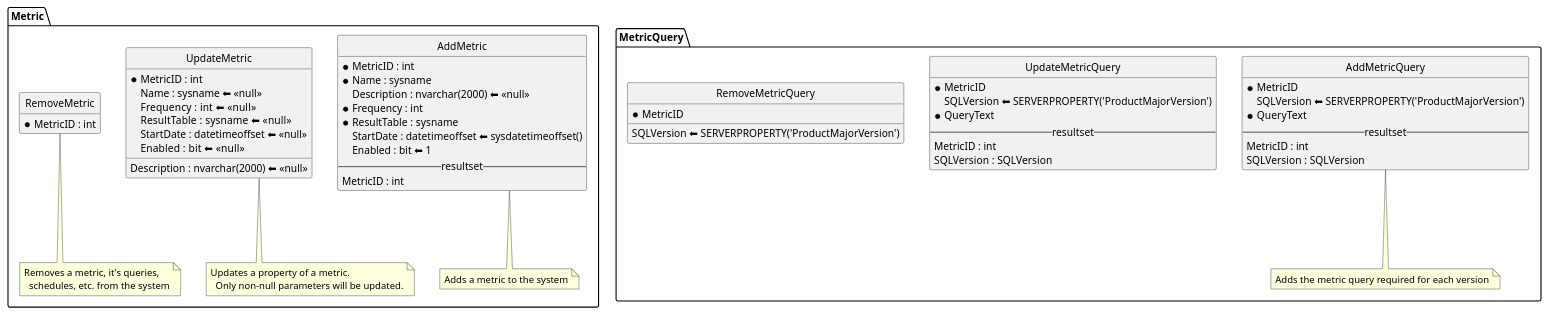
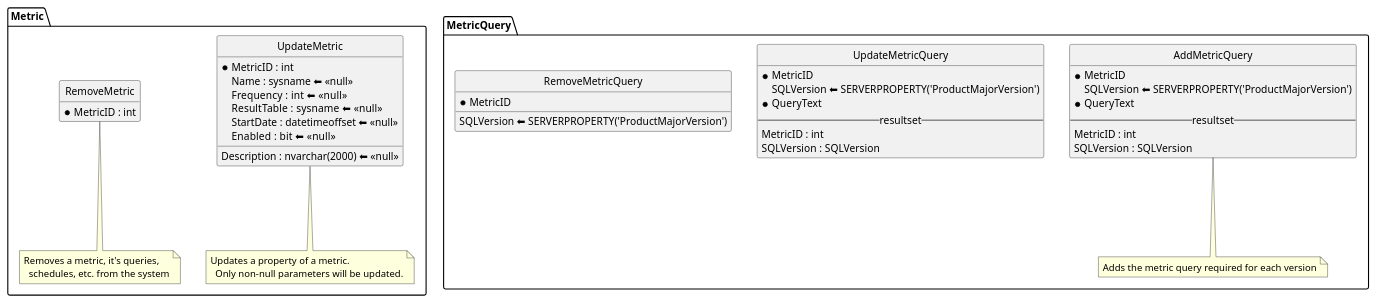
The diagram in uml/procedures.plantuml (OsirisDBA/project-horus-design), drawn with PlantUML before and after one commit. The commit also changed 2 other files, not shown here.

```diff
--- a/uml/procedures.plantuml
+++ b/uml/procedures.plantuml
@@ -1,97 +1,84 @@
 @startuml
 
 hide circle
 hide empty members
 
 
 ' avoid problems with angled crows feet
 skinparam linetype ortho
 
 
 
 ' stored procedures
 class StoredProcedures << sp_container >>  {
 --metric--
   AddMetricQuery(MetricID, SQLVersion, QueryText) : void
   UpdateMetricQuery(MetricID, SQLVersion, QueryText) : void
   RemoveMetricQuery(MetricID, SQLVersion) : void
   AddMetricQuery(MetricID, SQLVersion, QueryText) : void
   UpdateMetricQuery(MetricID, SQLVersion, QueryText) : void
   RemoveMetricQuery(MetricID, SQLVersion) : void
   CollectMetric(MetricID) : void
   
 --collection--
     GetScheduled() 
     CollectMetrics()
 }
 
 ' Metric
 package "Metric" {
-    class AddMetric {
-        *MetricID : int
-        *Name : sysname
-        Description : nvarchar(2000) ⬅ <<null>>
-        *Frequency : int 
-        *ResultTable : sysname
-        StartDate : datetimeoffset ⬅ sysdatetimeoffset()
-        Enabled : bit ⬅ 1
-        --resultset--
-        MetricID : int
-    }
-    note bottom
-        Adds a metric to the system
-    end note
+    
 
     class UpdateMetric {
         *MetricID : int
         Name : sysname ⬅ <<null>>
         Description : nvarchar(2000) ⬅ <<null>>
         Frequency : int  ⬅ <<null>>
         ResultTable : sysname  ⬅ <<null>>
         StartDate : datetimeoffset ⬅ <<null>>
         Enabled : bit  ⬅ <<null>>
     }
     note bottom
         Updates a property of a metric. 
           Only non-null parameters will be updated.
     end note
 
     class RemoveMetric {
         *MetricID : int
     }
     note bottom
         Removes a metric, it's queries, 
           schedules, etc. from the system
     end note
 }
 
 ' MetricQuery
 package "MetricQuery" {
     class AddMetricQuery {
         *MetricID 
         SQLVersion ⬅ SERVERPROPERTY('ProductMajorVersion')
         *QueryText
         --resultset--
         MetricID : int
         SQLVersion : SQLVersion
     }
     note bottom
         Adds the metric query required for each version
     end note
 
     class UpdateMetricQuery {
         *MetricID 
         SQLVersion ⬅ SERVERPROPERTY('ProductMajorVersion')
         *QueryText
         --resultset--
         MetricID : int
         SQLVersion : SQLVersion
     }
     class RemoveMetricQuery {
         *MetricID 
         SQLVersion ⬅ SERVERPROPERTY('ProductMajorVersion')
     }
 }
 
 hide StoredProcedures
 @enduml
```
